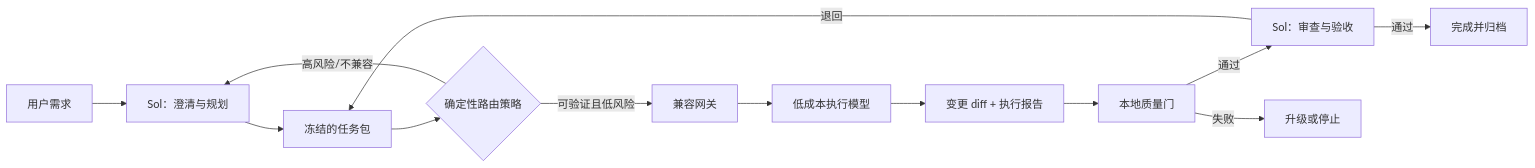
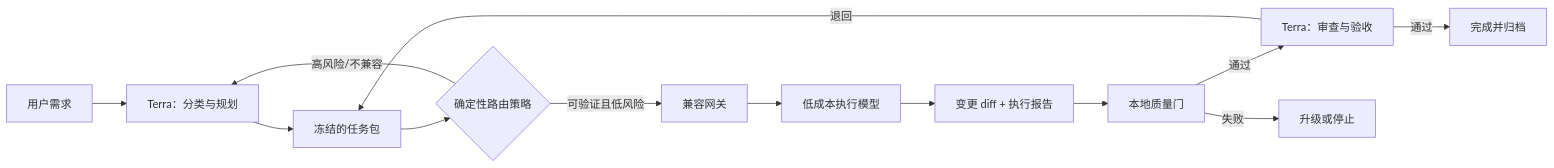
The diagram in docs/01-architecture.md (Jacky-Lau1/model-routing), drawn with Mermaid before and after one commit. The commit also changed other lines of this file and 47 other files, not shown here.

````diff
--- a/docs/01-architecture.md
+++ b/docs/01-architecture.md
@@ -9,15 +9,15 @@
 ```mermaid
 flowchart LR
-  U[用户需求] --> S[Sol：澄清与规划]
+  U[用户需求] --> S[Terra：分类与规划]
   S --> P[冻结的任务包]
   P --> R{确定性路由策略}
   R -->|可验证且低风险| G[兼容网关]
   G --> E[低成本执行模型]
   R -->|高风险/不兼容| S
   E --> D[变更 diff + 执行报告]
   D --> Q[本地质量门]
-  Q -->|通过| V[Sol：审查与验收]
+  Q -->|通过| V[Terra：审查与验收]
   Q -->|失败| X[升级或停止]
   V -->|通过| C[完成并归档]
   V -->|退回| P
 ```
````
